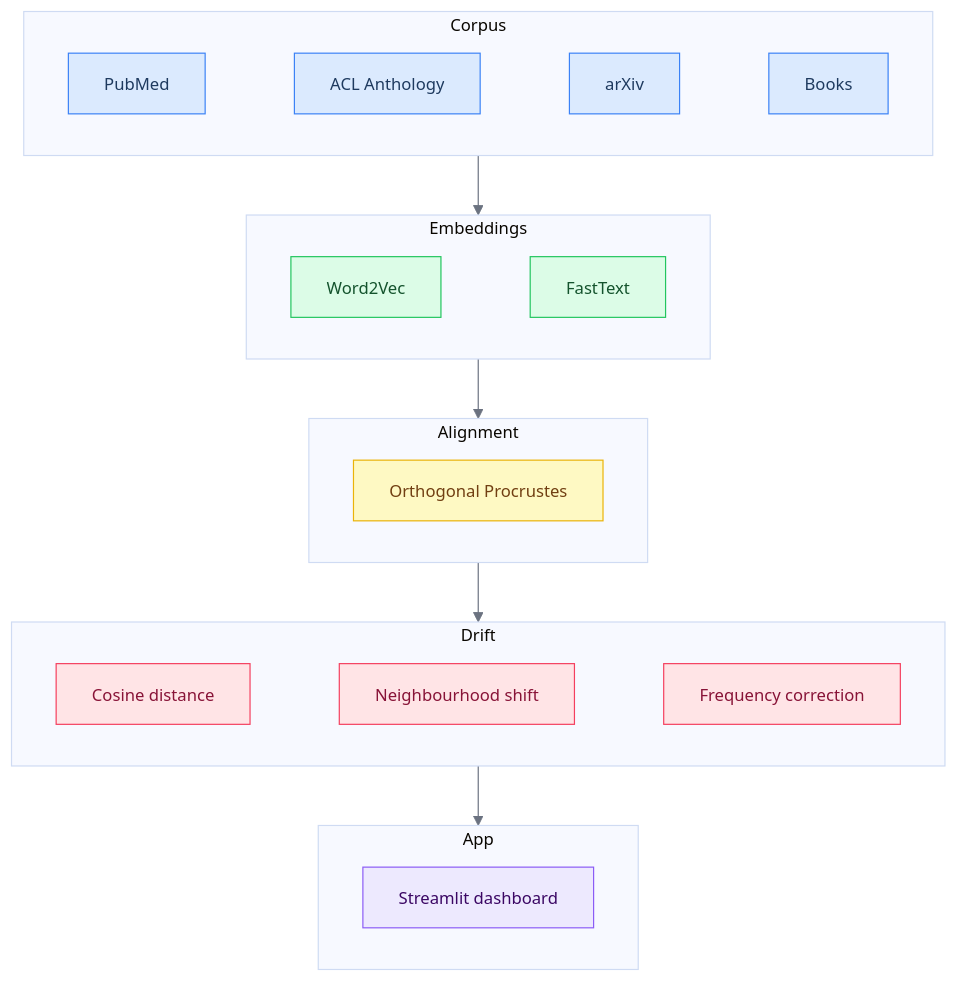
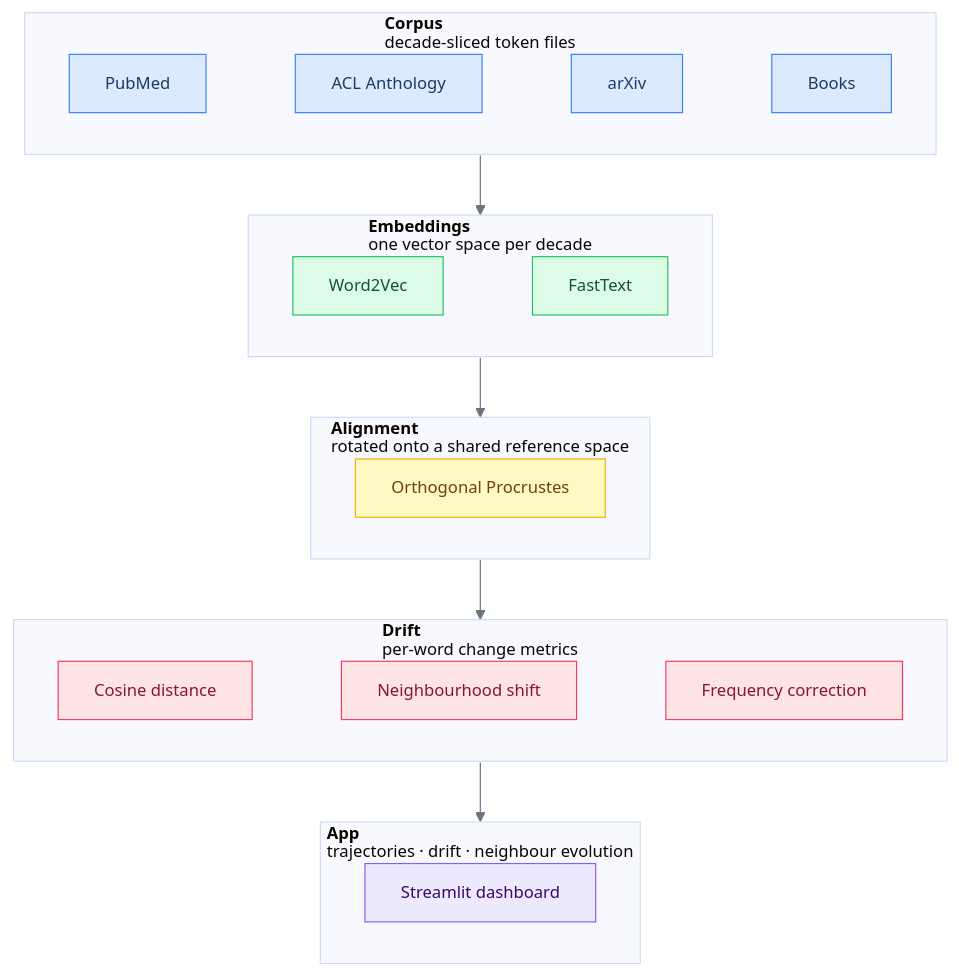
The diagram in README.md (Dovalization/interpretant), drawn with Mermaid before and after one commit.

Commit message:
docs(readme): use markdown strings for subgraph titles with bold name and description

````diff
--- a/README.md
+++ b/README.md
@@ -46,42 +46,47 @@
 ```mermaid
-%%{init: {'theme': 'base', 'themeVariables': {'fontSize': '14px', 'lineColor': '#6b7280', 'edgeLabelBackground': '#ffffff'}}}%%
+%%{init: {'theme': 'base', 'htmlLabels': false, 'themeVariables': {'fontSize': '14px', 'lineColor': '#6b7280', 'edgeLabelBackground': '#ffffff'}}}%%
 flowchart TD
     classDef corpus  fill:#dbeafe,stroke:#3b82f6,color:#1e3a5f
     classDef embed   fill:#dcfce7,stroke:#22c55e,color:#14532d
     classDef align   fill:#fef9c3,stroke:#eab308,color:#713f12
     classDef drift   fill:#ffe4e6,stroke:#f43f5e,color:#881337
     classDef app     fill:#ede9fe,stroke:#8b5cf6,color:#3b0764
 
-    subgraph corpus["Corpus"]
+    subgraph corpus["`**Corpus**
+    decade-sliced token files`"]
         direction LR
         C1[PubMed] ~~~ C2[ACL Anthology] ~~~ C3[arXiv] ~~~ C4[Books]
     end
 
-    subgraph embed["Embeddings"]
+    subgraph embed["`**Embeddings**
+    one vector space per decade`"]
         direction LR
         E1[Word2Vec] ~~~ E2[FastText]
     end
 
-    subgraph align["Alignment"]
+    subgraph align["`**Alignment**
+    rotated onto a shared reference space`"]
         direction LR
         A1[Orthogonal Procrustes]
     end
 
-    subgraph drift["Drift"]
+    subgraph drift["`**Drift**
+    per-word change metrics`"]
         direction LR
         D1[Cosine distance] ~~~ D2[Neighbourhood shift] ~~~ D3[Frequency correction]
     end
 
-    subgraph app["App"]
+    subgraph app["`**App**
+    trajectories · drift · neighbour evolution`"]
         direction LR
         P1[Streamlit dashboard]
     end
 
     corpus --> embed --> align --> drift --> app
 
     class C1,C2,C3,C4 corpus
     class E1,E2 embed
     class A1 align
     class D1,D2,D3 drift
     class P1 app
 ```
````
